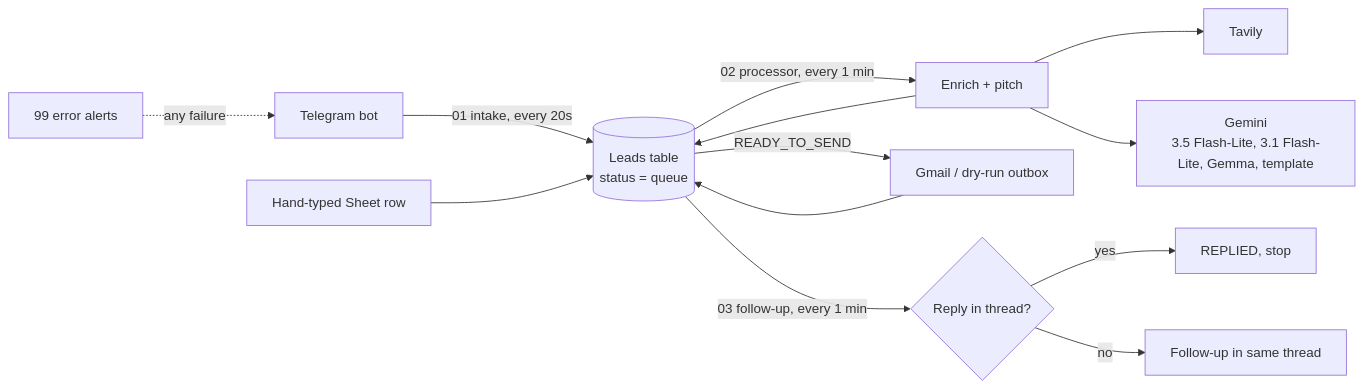
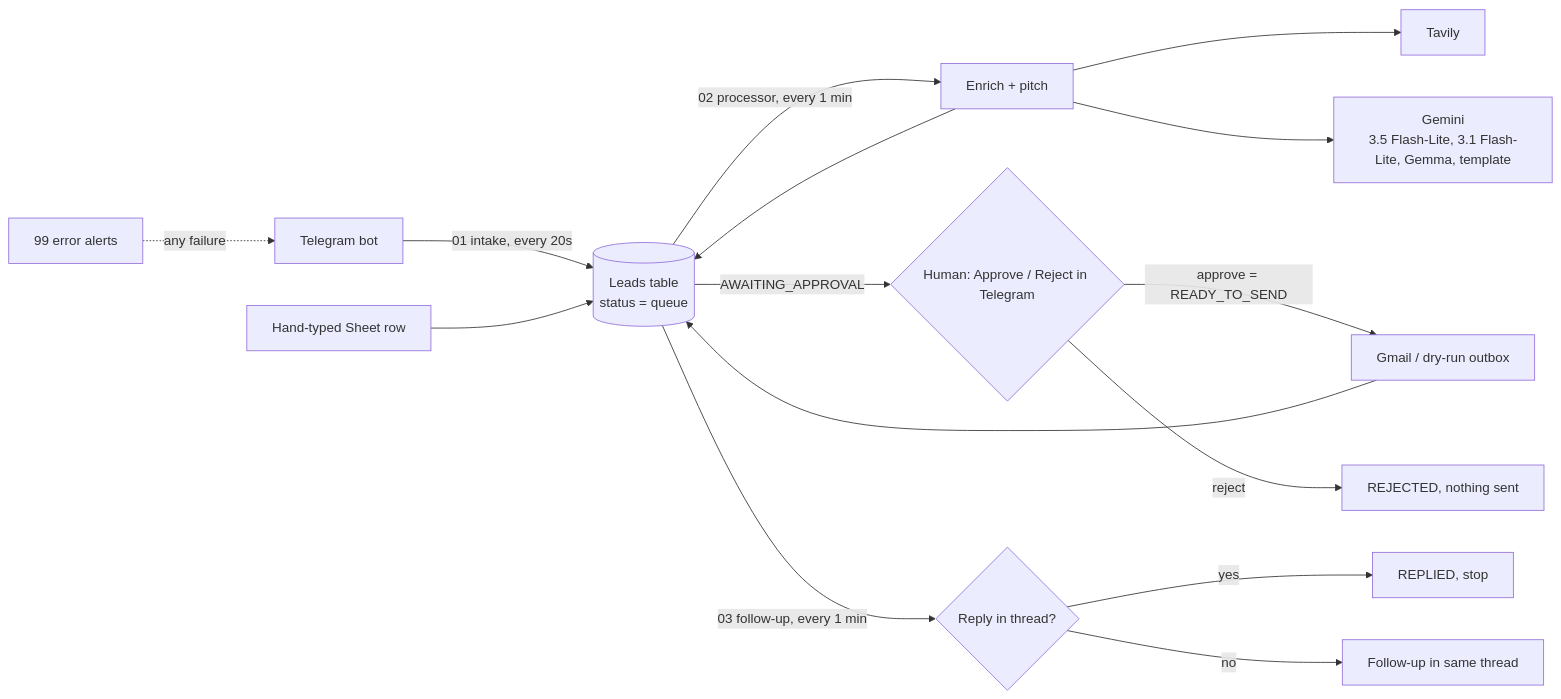
Before and after one commit to jaygautam-creator/gopratle-bdr-agent: the diagram in README.md, drawn with Mermaid. The commit also changed other lines of this file and 20 other files, not shown here.

First line of the commit message:
feat: human approval gate with Telegram Approve/Reject buttons; verified live with real Sheets and Gmail

````diff
--- a/README.md
+++ b/README.md
@@ -31,15 +31,17 @@
 ```mermaid
 flowchart LR
   TG[Telegram bot] -->|01 intake, every 20s| Q[(Leads table<br/>status = queue)]
   SH[Hand-typed Sheet row] --> Q
   Q -->|02 processor, every 1 min| ENR[Enrich + pitch]
   ENR --> TAV[Tavily]
   ENR --> GEM[Gemini<br/>3.5 Flash-Lite, 3.1 Flash-Lite, Gemma, template]
   ENR --> Q
-  Q -->|READY_TO_SEND| MAIL[Gmail / dry-run outbox]
+  Q -->|AWAITING_APPROVAL| HUM{Human: Approve / Reject in Telegram}
+  HUM -->|approve = READY_TO_SEND| MAIL[Gmail / dry-run outbox]
+  HUM -->|reject| REJ[REJECTED, nothing sent]
   MAIL --> Q
   Q -->|03 follow-up, every 1 min| FU{Reply in thread?}
   FU -->|yes| REP[REPLIED, stop]
   FU -->|no| FUP[Follow-up in same thread]
   ERR[99 error alerts] -.->|any failure| TG
 ```
````
